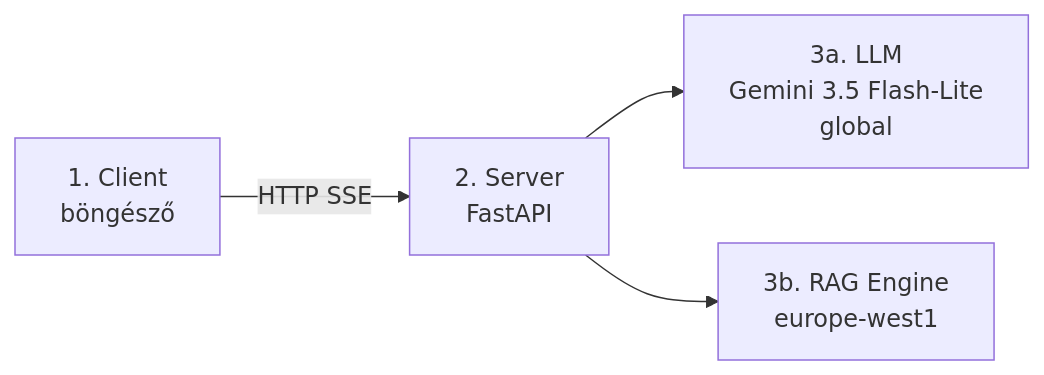
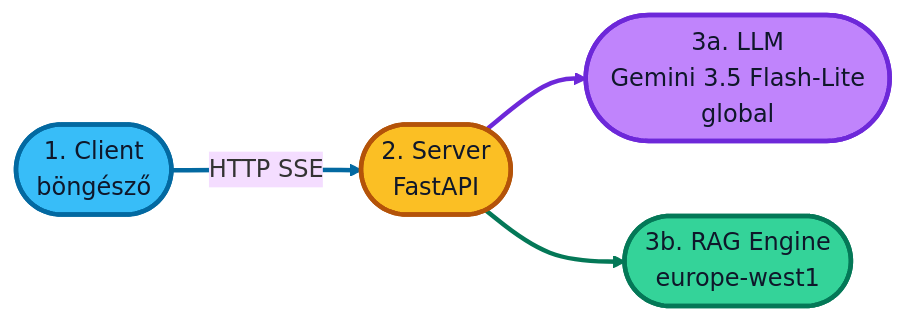
Before and after one commit to cloudsteak/trn-gcp-ai-rag: the diagram in rag-app/README.md, drawn with Mermaid. The commit also changed other lines of this file and 12 other files, not shown here.

````diff
--- a/rag-app/README.md
+++ b/rag-app/README.md
@@ -9,11 +9,21 @@
 ```mermaid
+%%{init: {"theme": "base", "themeVariables": {"fontSize": "16px", "lineColor": "#334155"}, "flowchart": {"curve": "basis", "padding": 12}}}%%
 flowchart LR
-  client["1. Client<br/>böngésző"]
-  server["2. Server<br/>FastAPI"]
-  llm["3a. LLM<br/>Gemini 3.5 Flash-Lite<br/>global"]
-  rag["3b. RAG Engine<br/>europe-west1"]
+  client(["1. Client<br/>böngésző"]) -->|"HTTP SSE"| server(["2. Server<br/>FastAPI"])
+  server --> llm(["3a. LLM<br/>Gemini 3.5 Flash-Lite<br/>global"])
+  server --> rag(["3b. RAG Engine<br/>europe-west1"])
 
-  client -->|"HTTP SSE"| server
-  server --> llm
-  server --> rag
+  classDef ui fill:#38bdf8,stroke:#0369a1,stroke-width:3px,color:#0f172a
+  classDef app fill:#fbbf24,stroke:#b45309,stroke-width:3px,color:#0f172a
+  classDef model fill:#c084fc,stroke:#6d28d9,stroke-width:3px,color:#0f172a
+  classDef docs fill:#34d399,stroke:#047857,stroke-width:3px,color:#0f172a
+
+  class client ui
+  class server app
+  class llm model
+  class rag docs
+
+  linkStyle 0 stroke:#0369a1,stroke-width:3px
+  linkStyle 1 stroke:#6d28d9,stroke-width:3px
+  linkStyle 2 stroke:#047857,stroke-width:3px
 ```
````
